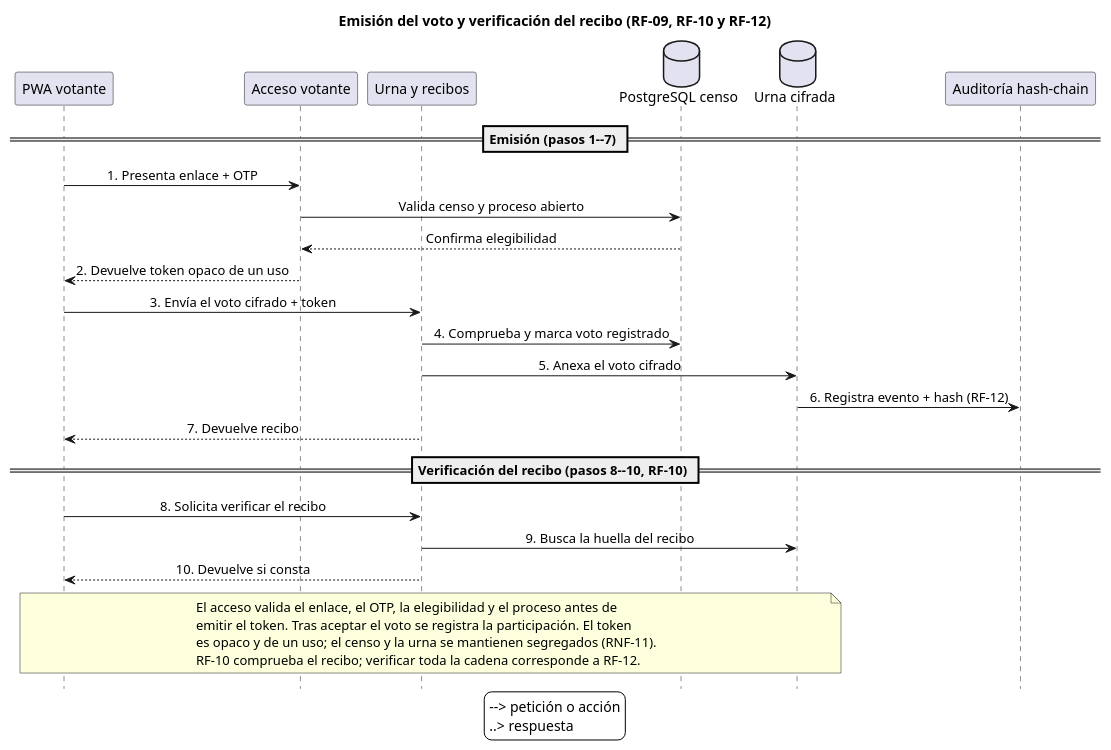
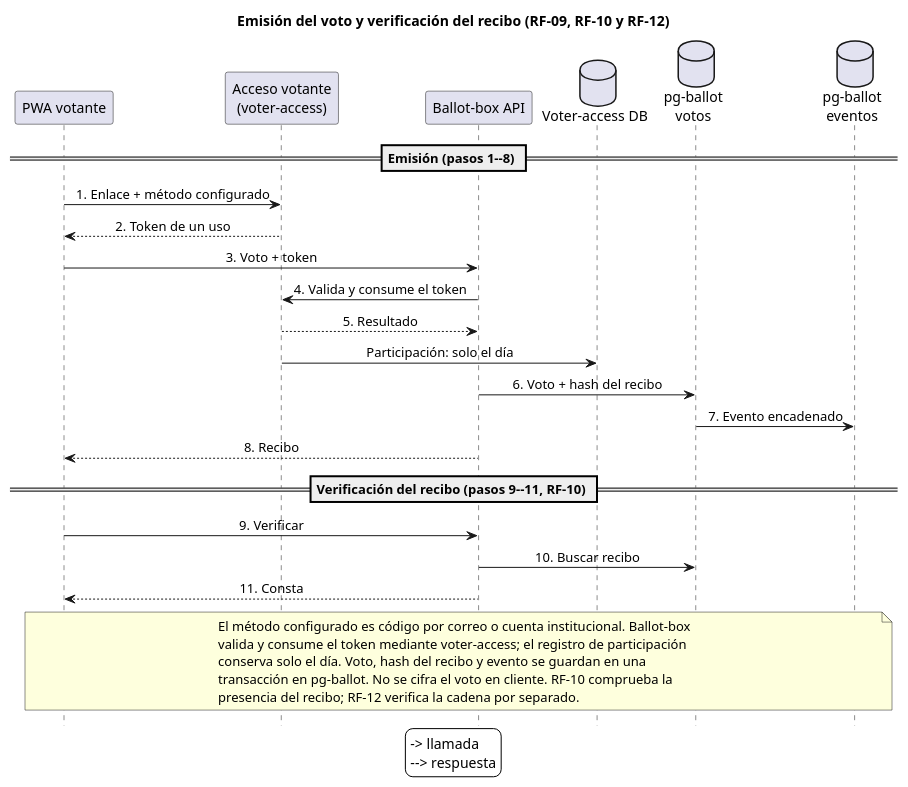
One commit to saulrampa-ual/saas-digital-voting changed the diagram in Plantilla-TFM-Informatica-UAL/Figuras/diagramas/secuencia_emitir_voto_recibo.puml. Above: the diagram before and after it, drawn with PlantUML. The commit also changed 15 other files, not shown here.

```diff
--- a/Plantilla-TFM-Informatica-UAL/Figuras/diagramas/secuencia_emitir_voto_recibo.puml
+++ b/Plantilla-TFM-Informatica-UAL/Figuras/diagramas/secuencia_emitir_voto_recibo.puml
@@ -1,43 +1,44 @@
 @startuml
 ' Fuente PlantUML equivalente de la figura vectorial 5.2.
 title Emisión del voto y verificación del recibo (RF-09, RF-10 y RF-12)
 hide footbox
 skinparam backgroundColor white
 skinparam shadowing false
 skinparam sequenceMessageAlign center
 skinparam BoxPadding 12
 
 participant "PWA votante" as PWA
-participant "Acceso votante" as Acceso
-participant "Urna y recibos" as Recibos
-database "PostgreSQL censo" as Censo
-database "Urna cifrada" as Urna
-participant "Auditoría hash-chain" as Auditoria
+participant "Acceso votante\n(voter-access)" as Acceso
+participant "Ballot-box API" as Urna
+database "Voter-access DB" as VADB
+database "pg-ballot\nvotos" as Votos
+database "pg-ballot\neventos" as Eventos
 
-== Emisión (pasos 1--7) ==
-PWA -> Acceso : 1. Presenta enlace + OTP
-Acceso -> Censo : Valida censo y proceso abierto
-Censo --> Acceso : Confirma elegibilidad
-Acceso --> PWA : 2. Devuelve token opaco de un uso
-PWA -> Recibos : 3. Envía el voto cifrado + token
-Recibos -> Censo : 4. Comprueba y marca voto registrado
-Recibos -> Urna : 5. Anexa el voto cifrado
-Urna -> Auditoria : 6. Registra evento + hash (RF-12)
-Recibos --> PWA : 7. Devuelve recibo
+== Emisión (pasos 1--8) ==
+PWA -> Acceso : 1. Enlace + método configurado
+Acceso --> PWA : 2. Token de un uso
+PWA -> Urna : 3. Voto + token
+Urna -> Acceso : 4. Valida y consume el token
+Acceso --> Urna : 5. Resultado
+Acceso -> VADB : Participación: solo el día
+Urna -> Votos : 6. Voto + hash del recibo
+Votos -> Eventos : 7. Evento encadenado
+Urna --> PWA : 8. Recibo
 
-== Verificación del recibo (pasos 8--10, RF-10) ==
-PWA -> Recibos : 8. Solicita verificar el recibo
-Recibos -> Urna : 9. Busca la huella del recibo
-Recibos --> PWA : 10. Devuelve si consta
+== Verificación del recibo (pasos 9--11, RF-10) ==
+PWA -> Urna : 9. Verificar
+Urna -> Votos : 10. Buscar recibo
+Urna --> PWA : 11. Consta
 
-note over PWA,Urna
-El acceso valida el enlace, el OTP, la elegibilidad y el proceso antes de
-emitir el token. Tras aceptar el voto se registra la participación. El token
-es opaco y de un uso; el censo y la urna se mantienen segregados (RNF-11).
-RF-10 comprueba el recibo; verificar toda la cadena corresponde a RF-12.
+note over PWA,Eventos
+El método configurado es código por correo o cuenta institucional. Ballot-box
+valida y consume el token mediante voter-access; el registro de participación
+conserva solo el día. Voto, hash del recibo y evento se guardan en una
+transacción en pg-ballot. No se cifra el voto en cliente. RF-10 comprueba la
+presencia del recibo; RF-12 verifica la cadena por separado.
 end note
 legend bottom
-  --> petición o acción
-  ..> respuesta
+  -> llamada
+  --> respuesta
 endlegend
 @enduml
```
